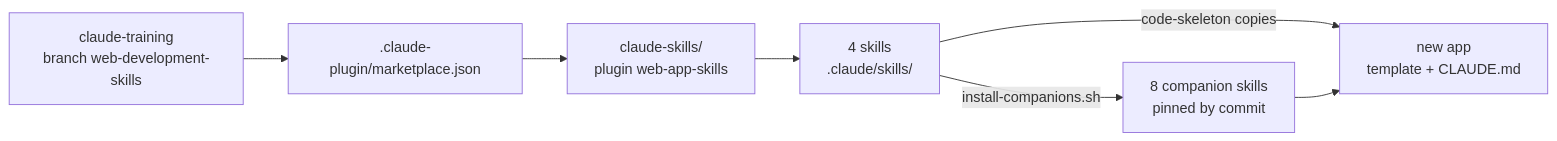
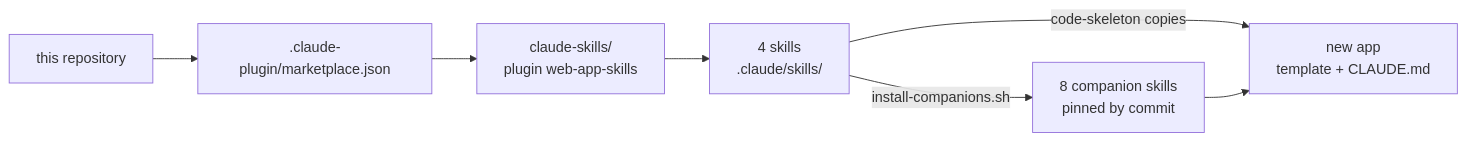
The first of 3 diagrams in DESIGN.md (loiphan-agilityio/web-dev-plugin), drawn with Mermaid before and after one commit. The commit also changed other lines of this file and 6 other files, not shown here.

````diff
--- a/DESIGN.md
+++ b/DESIGN.md
@@ -8,9 +8,9 @@
 ```mermaid
 flowchart LR
-  repo["claude-training<br/>branch web-development-skills"] --> mkt[".claude-plugin/marketplace.json"]
+  repo["this repository"] --> mkt[".claude-plugin/marketplace.json"]
   mkt --> plugin["claude-skills/<br/>plugin web-app-skills"]
   plugin --> skills["4 skills<br/>.claude/skills/"]
   skills -->|code-skeleton copies| app["new app<br/>template + CLAUDE.md"]
   skills -->|install-companions.sh| comp["8 companion skills<br/>pinned by commit"]
   comp --> app
 ```
````
